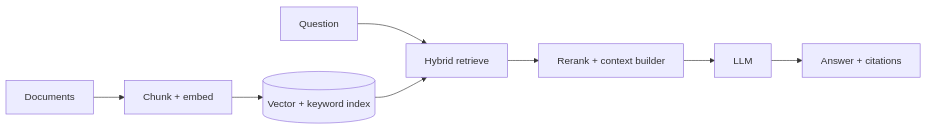
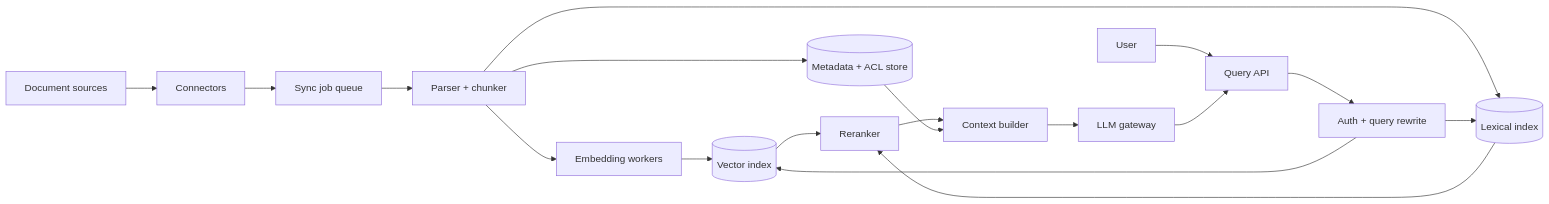
One commit to yangzichao/www changed the diagram in src/content/blog/system-design/rag-system.md. Above: the diagram before and after it, drawn with Mermaid. The commit also changed other lines of this file and 18 other files, not shown here.

Commit message:
refactor: Revise URL Shortener design document to enhance clarity and detail on system evolution, API specifications, and architectural considerations

````diff
--- a/src/content/blog/system-design/rag-system.md
+++ b/src/content/blog/system-design/rag-system.md
@@ -82,10 +230,21 @@
 ```mermaid
 flowchart LR
-  D[Documents] --> C[Chunk + embed]
-  C --> V[(Vector + keyword index)]
-  Q[Question] --> R[Hybrid retrieve]
+  S[Document sources] --> C[Connectors]
+  C --> J[Sync job queue]
+  J --> P[Parser + chunker]
+  P --> E[Embedding workers]
+  P --> L[(Lexical index)]
+  E --> V[(Vector index)]
+  P --> M[(Metadata + ACL store)]
+
+  U[User] --> Q[Query API]
+  Q --> A[Auth + query rewrite]
+  A --> L
+  A --> V
+  L --> R[Reranker]
   V --> R
-  R --> K[Rerank + context builder]
-  K --> L[LLM]
-  L --> A[Answer + citations]
+  R --> F[Context builder]
+  M --> F
+  F --> G[LLM gateway]
+  G --> Q
 ```
````
